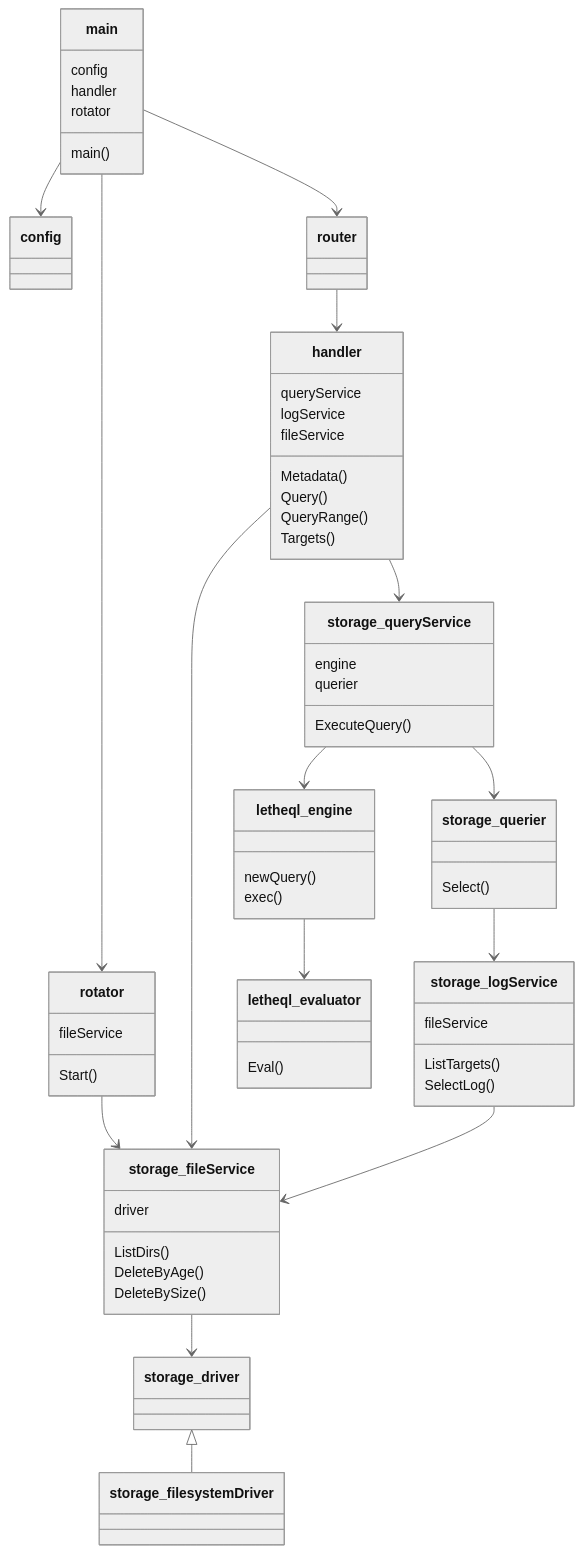
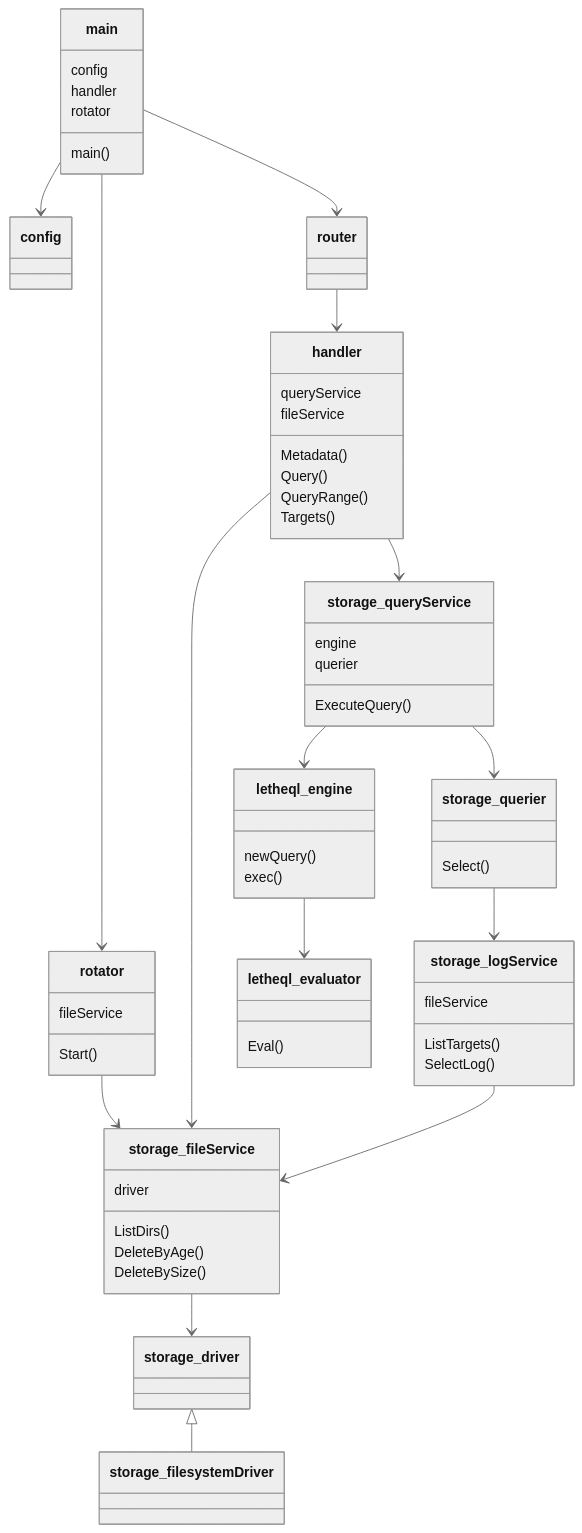
One commit to kuoss/lethe changed the diagram in docs/diagram.md. Above: the diagram before and after it, drawn with Mermaid (neutral theme).

````diff
--- a/docs/diagram.md
+++ b/docs/diagram.md
@@ -1,80 +1,79 @@
 ```mermaid
 classDiagram
 
 main --> config
 main --> router
 main --> rotator
 
 router --> handler
 
 rotator --> storage_fileService
 
 handler --> storage_fileService
 handler --> storage_queryService
 
 storage_querier --> storage_logService
 
 storage_queryService --> storage_querier
 storage_queryService --> letheql_engine
 storage_logService --> storage_fileService
 storage_fileService --> storage_driver
 
 letheql_engine --> letheql_evaluator
 
 storage_driver <|-- storage_filesystemDriver
 
 class main {
     config
     handler
     rotator
     main()
 }
 
 class rotator {
     fileService
     Start()
 }
 
 class handler {
     queryService
-    logService
     fileService
     Metadata()
     Query()
     QueryRange()
     Targets()
 }
 
 class storage_querier {
     Select()
 }
 
 class storage_queryService {
     engine
     querier
     ExecuteQuery()
 }
 
 class storage_logService {
     fileService
     ListTargets()
     SelectLog()
 }
 
 class storage_fileService {
     driver
     ListDirs()
     DeleteByAge()
     DeleteBySize()
 }
 
 
 class letheql_engine {
     newQuery()
     exec()
 }
 
 class letheql_evaluator {
     Eval()
 }
 ```
````
